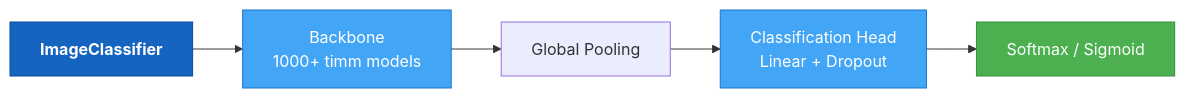
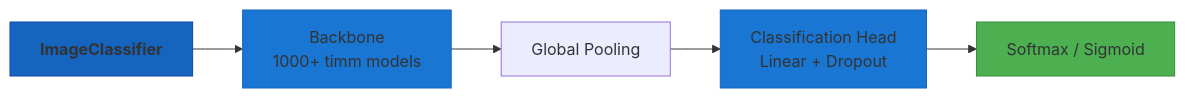
Before and after one commit to theja-vanka/AutoTimm: the first of 5 diagrams in docs/user-guide/models/index.md, drawn with Mermaid. The commit also changed other lines of this file and 37 other files, not shown here.

````diff
--- a/docs/user-guide/models/index.md
+++ b/docs/user-guide/models/index.md
@@ -9,12 +9,12 @@
 ```mermaid
 graph LR
     A[<b>ImageClassifier</b>] --> B[Backbone<br/>1000+ timm models]
     B --> C[Global Pooling]
     C --> D[Classification Head<br/>Linear + Dropout]
     D --> E[Softmax / Sigmoid]
 
-    style A fill:#1565C0,stroke:#0D47A1,color:#fff
-    style B fill:#42A5F5,stroke:#1976D2,color:#fff
-    style D fill:#42A5F5,stroke:#1976D2,color:#fff
-    style E fill:#4CAF50,stroke:#388E3C,color:#fff
+    style A fill:#1565C0,stroke:#0D47A1
+    style B fill:#1976D2,stroke:#1565C0
+    style D fill:#1976D2,stroke:#1565C0
+    style E fill:#4CAF50,stroke:#388E3C
 ```
````
